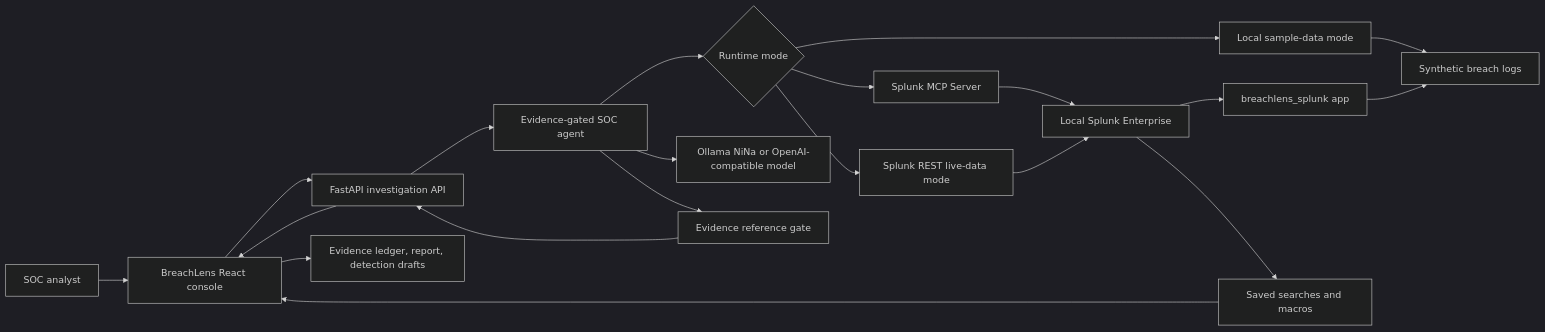
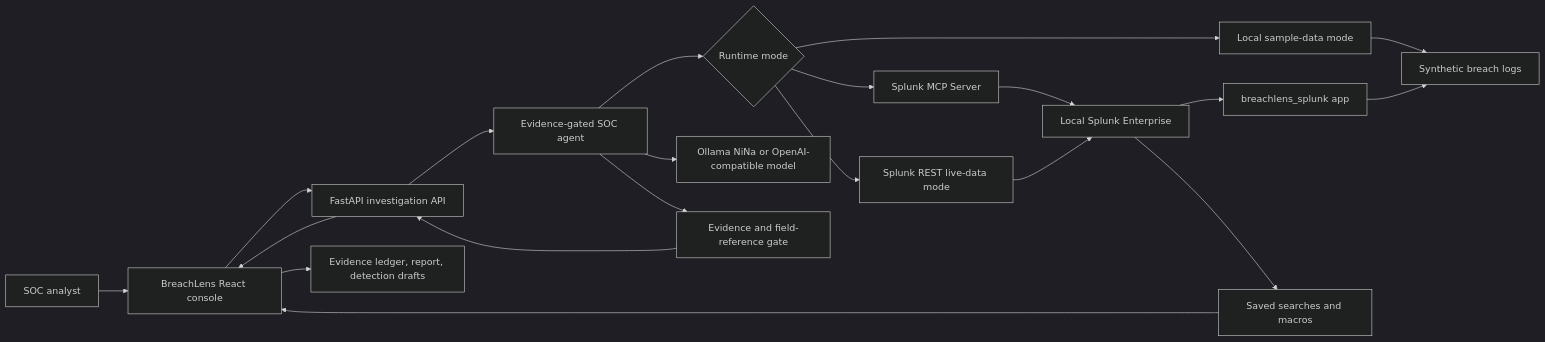
Before and after one commit to Lockelamoree/BreachLens-Splunk-MCP-SOC-Copilot: the diagram in architecture_diagram.md, drawn with Mermaid (dark theme). The commit also changed other lines of this file and 21 other files, not shown here.

````diff
--- a/architecture_diagram.md
+++ b/architecture_diagram.md
@@ -5,23 +5,23 @@
 ```mermaid
 flowchart LR
   Analyst["SOC analyst"] --> UI["BreachLens React console"]
   UI --> API["FastAPI investigation API"]
   API --> Agent["Evidence-gated SOC agent"]
   Agent --> Mode{"Runtime mode"}
   Mode --> MCP["Splunk MCP Server"]
   Mode --> REST["Splunk REST live-data mode"]
   Mode --> Sample["Local sample-data mode"]
   MCP --> Splunk["Local Splunk Enterprise"]
   REST --> Splunk
   Sample --> Data["Synthetic breach logs"]
   Splunk --> App["breachlens_splunk app"]
   App --> Data
   Agent --> LLM["Ollama NiNa or OpenAI-compatible model"]
-  Agent --> Gate["Evidence reference gate"]
+  Agent --> Gate["Evidence and field-reference gate"]
   Gate --> API
   API --> UI
 
   Splunk --> Searches["Saved searches and macros"]
   Searches --> UI
   UI --> Exports["Evidence ledger, report, detection drafts"]
 ```
````
